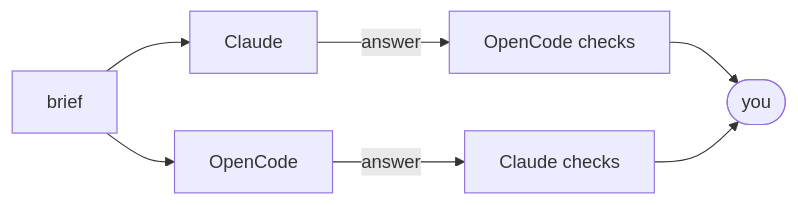
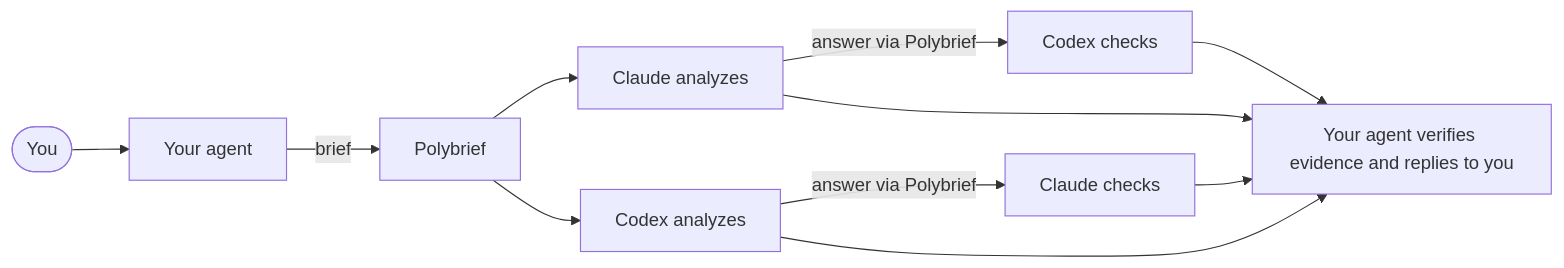
The third of 4 diagrams in README.md (ivklgn/polybrief), drawn with Mermaid before and after one commit. The commit also changed other lines of this file and 69 other files, not shown here.

````diff
--- a/README.md
+++ b/README.md
@@ -85,7 +110,12 @@
 ```mermaid
 flowchart LR
-  B[brief] --> C[Claude] & O[OpenCode]
-  C -- answer --> OC[OpenCode checks]
-  O -- answer --> CC[Claude checks]
-  OC & CC --> Y([you])
+  U([You]) --> H[Your agent]
+  H -- brief --> P[Polybrief]
+  P --> C[Claude analyzes] & X[Codex analyzes]
+  C -- answer via Polybrief --> XC[Codex checks]
+  X -- answer via Polybrief --> CC[Claude checks]
+  C --> J[Your agent verifies evidence and replies to you]
+  X --> J
+  XC --> J
+  CC --> J
 ```
````
